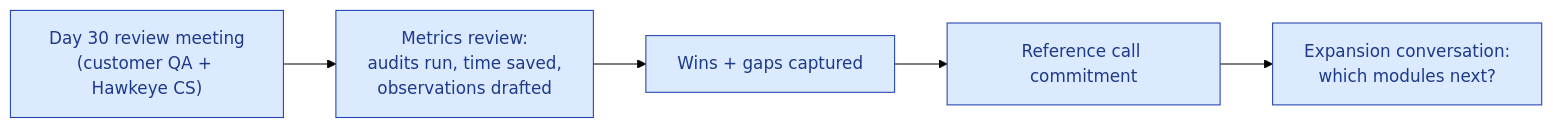
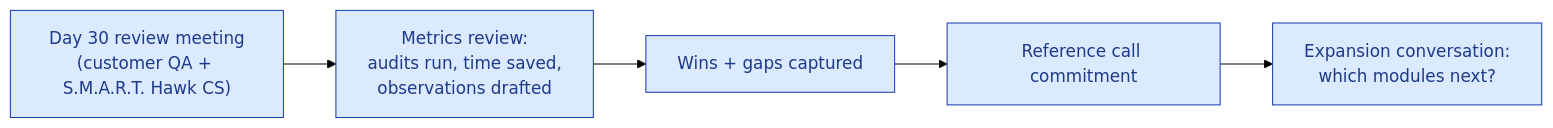
Before and after one commit to hawkeyetransact-dotcom/doc_v2: the second of 2 diagrams in 10-customer-success/onboarding-guides/CUSTOMER-ONBOARDING.md, drawn with Mermaid (forest theme). The commit also changed other lines of this file and 105 other files, not shown here.

First line of the commit message:
Rebrand docs: Hawkeye -> S.M.A.R.T. Hawk; S.M.A.R.T. five-pillar pipeline

````diff
--- a/10-customer-success/onboarding-guides/CUSTOMER-ONBOARDING.md
+++ b/10-customer-success/onboarding-guides/CUSTOMER-ONBOARDING.md
@@ -91,12 +91,12 @@
 ```mermaid
 flowchart LR
     classDef step fill:#dbeafe,stroke:#1e40af,color:#1e3a8a
 
-    A["Day 30 review meeting<br/>(customer QA + Hawkeye CS)"]:::step
+    A["Day 30 review meeting<br/>(customer QA + S.M.A.R.T. Hawk CS)"]:::step
     B["Metrics review:<br/>audits run, time saved,<br/>observations drafted"]:::step
     C["Wins + gaps captured"]:::step
     D["Reference call commitment"]:::step
     E["Expansion conversation:<br/>which modules next?"]:::step
 
     A --> B --> C --> D --> E
 ```
````
